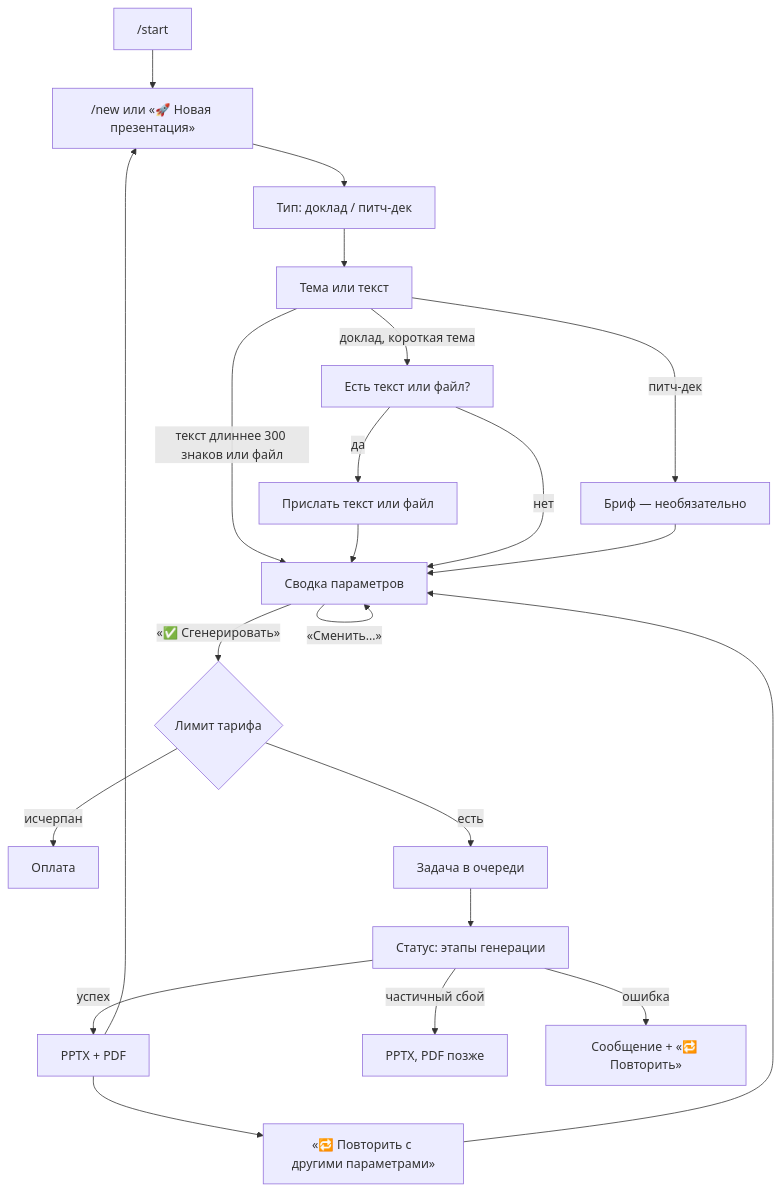
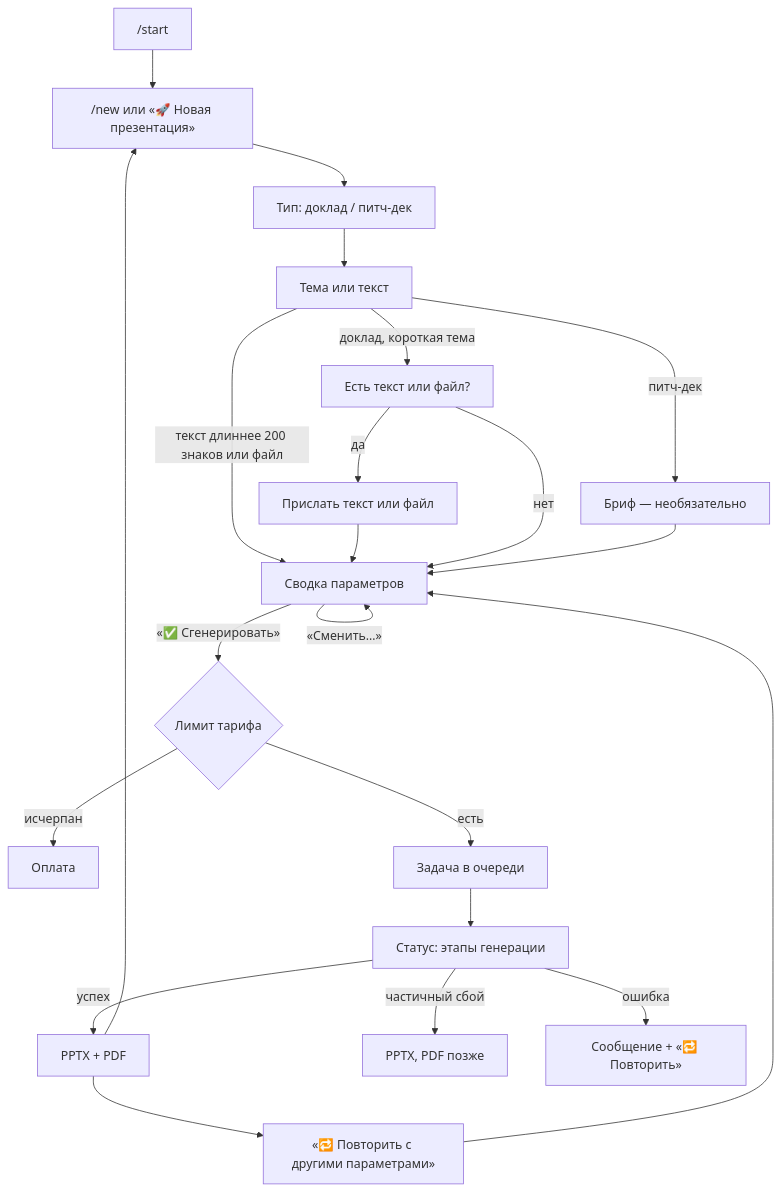
Before and after one commit to Alikashp/fibomy2.0.0: the diagram in docs/design/02_CJM.md, drawn with Mermaid. The commit also changed other lines of this file and 19 other files, not shown here.

````diff
--- a/docs/design/02_CJM.md
+++ b/docs/design/02_CJM.md
@@ -19,22 +19,22 @@
 ```mermaid
 flowchart TD
     A["/start"] --> B["/new или «🚀 Новая презентация»"]
     B --> C[Тип: доклад / питч-дек]
     C --> D[Тема или текст]
     D -->|доклад, короткая тема| E["Есть текст или файл?"]
     D -->|питч-дек| F[Бриф — необязательно]
-    D -->|текст длиннее 300 знаков или файл| S
+    D -->|текст длиннее 200 знаков или файл| S
     E -->|да| G[Прислать текст или файл] --> S
     E -->|нет| S
     F --> S[Сводка параметров]
     S -->|«Сменить…»| S
     S -->|«✅ Сгенерировать»| L{Лимит тарифа}
     L -->|исчерпан| P[Оплата]
     L -->|есть| Q[Задача в очереди]
     Q --> W[Статус: этапы генерации]
     W -->|успех| R[PPTX + PDF]
     W -->|частичный сбой| R2[PPTX, PDF позже]
     W -->|ошибка| X[Сообщение + «🔁 Повторить»]
     R --> Y["«🔁 Повторить с другими параметрами»"] --> S
     R --> B
 ```
````
